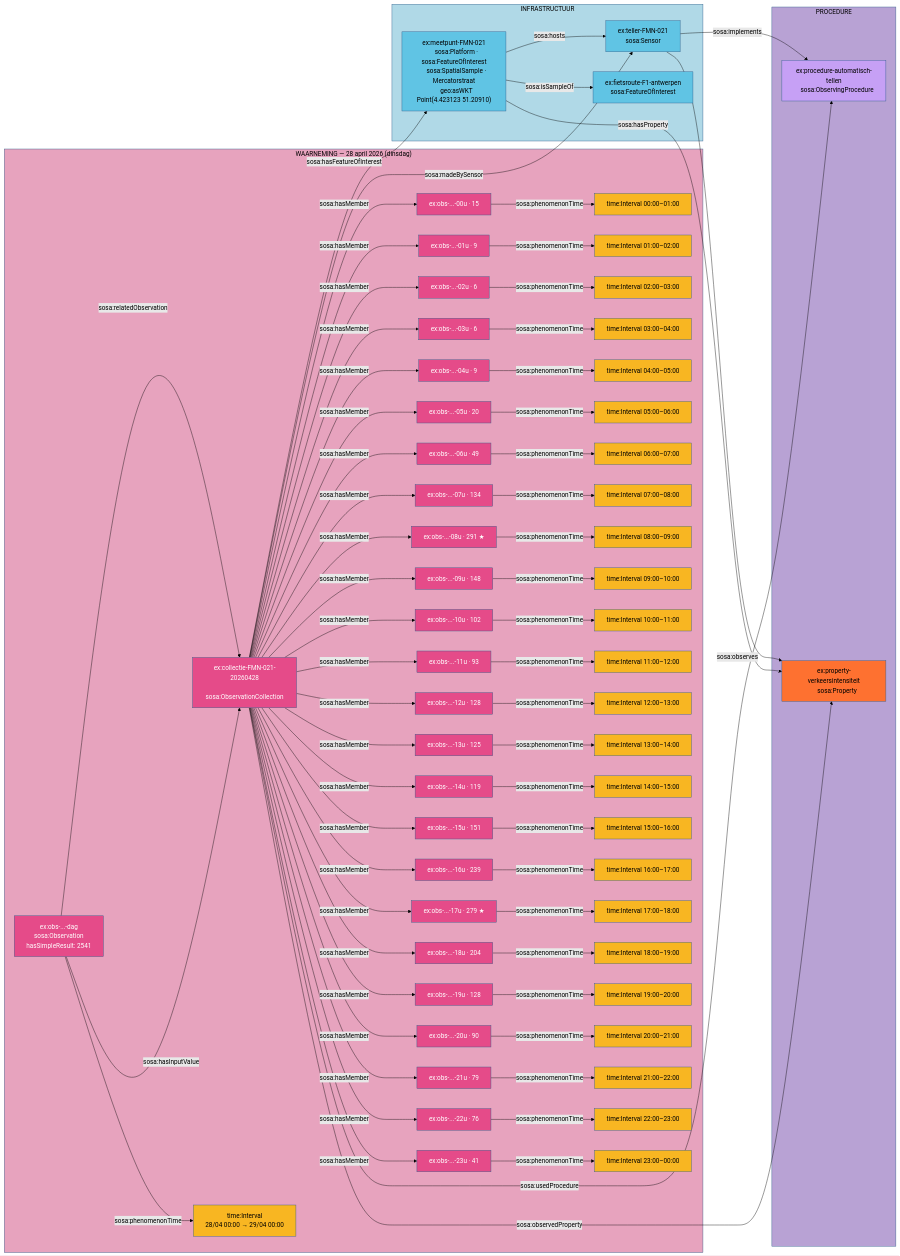
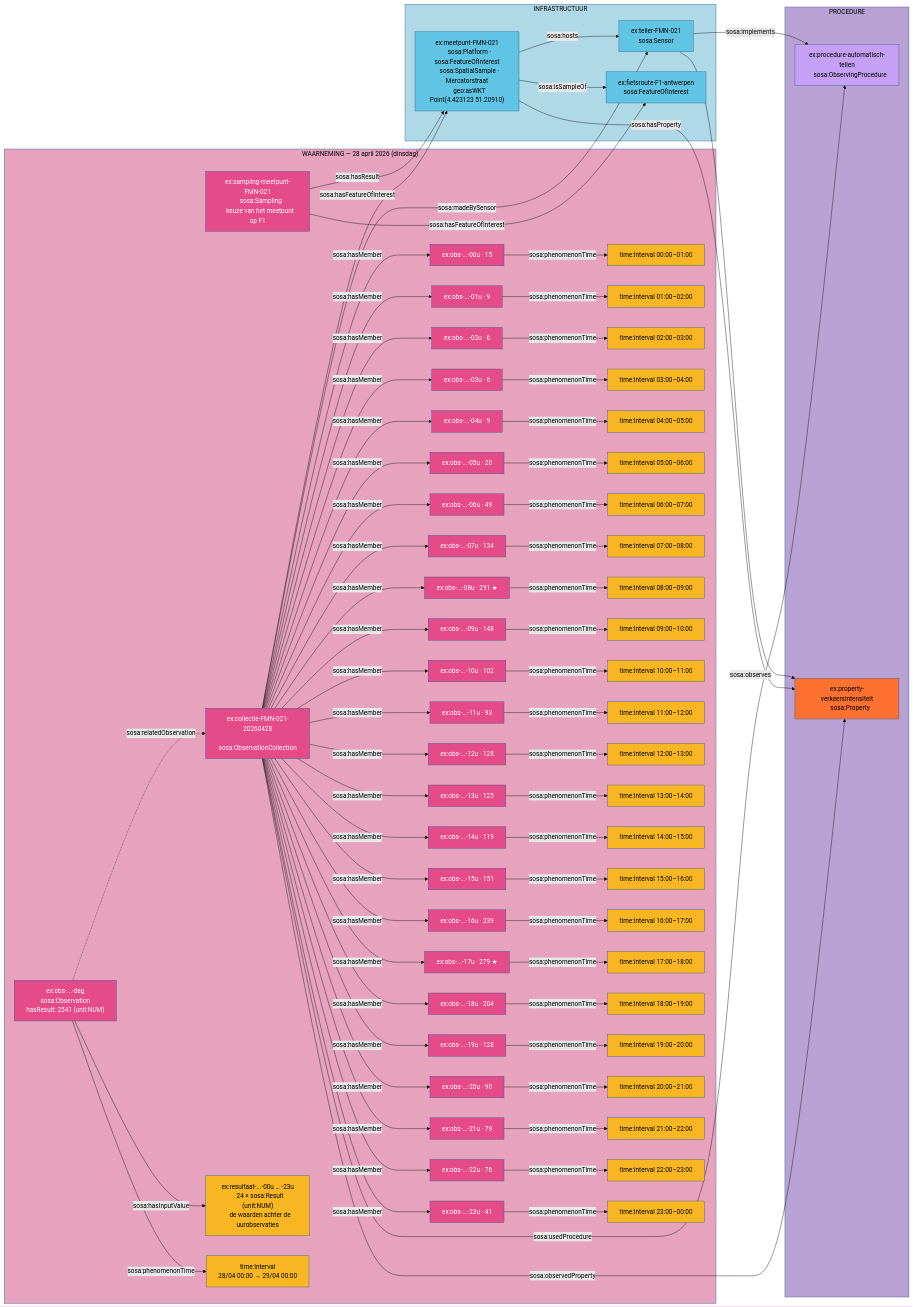
The diagram in src/main/input/verkeersmetingen/verkeersmetingen.mmd (Informatievlaanderen/OSLOthema-SSNSOSA-VL), drawn with Mermaid (forest theme) before and after one commit. The commit also changed 77 other files, not shown here.

```diff
--- a/src/main/input/verkeersmetingen/verkeersmetingen.mmd
+++ b/src/main/input/verkeersmetingen/verkeersmetingen.mmd
@@ -22,9 +22,16 @@
     W1["ex:collectie-FMN-021-20260428
     sosa:ObservationCollection"]
 
+    SM["ex:sampling-meetpunt-FMN-021
+    sosa:Sampling
+    keuze van het meetpunt op F1"]
+
     WD["ex:obs-...-dag
     sosa:Observation
-    hasSimpleResult: 2541"]
+    hasResult: 2541 (unit:NUM)"]
+    RU["ex:resultaat-...-00u … -23u
+    24 × sosa:Result (unit:NUM)
+    de waarden achter de uurobservaties"]
     TD["time:Interval
     28/04 00:00 → 29/04 00:00"]
 
@@ -95,6 +102,8 @@
 %% stijlen nodes WAARNEMING — collectie en dagobservatie
 style W1 fill:#e54b89,stroke:#2E5C8A,color:#fff
 style WD fill:#e54b89,stroke:#2E5C8A,color:#fff
+style SM fill:#e54b89,stroke:#2E5C8A,color:#fff
+style RU fill:#f8b622,stroke:#2E5C8A,color:#000
 style TD fill:#f8b622,stroke:#2E5C8A,color:#000
 
 %% stijlen nodes WAARNEMING — uurobservaties
@@ -152,6 +161,8 @@
 %% relaties — infrastructuur
 I1 -->|sosa:hosts| I2
 I1 -->|sosa:isSampleOf| I3
+SM -->|sosa:hasFeatureOfInterest| I3
+SM -->|sosa:hasResult| I1
 I2 -->|sosa:implements| P1
 I2 -->|sosa:observes| PA
 I1 -->|sosa:hasProperty| PA
@@ -187,8 +198,8 @@
 W1 -->|sosa:hasMember| W23
 
 %% dagobservatie — afgeleid van de uurcollectie
-WD -->|sosa:relatedObservation| W1
-WD -->|sosa:hasInputValue| W1
+WD -.->|sosa:relatedObservation| W1
+WD -->|sosa:hasInputValue| RU
 
 %% relaties — observaties → tijdstippen
 WD  -->|sosa:phenomenonTime| TD
```
